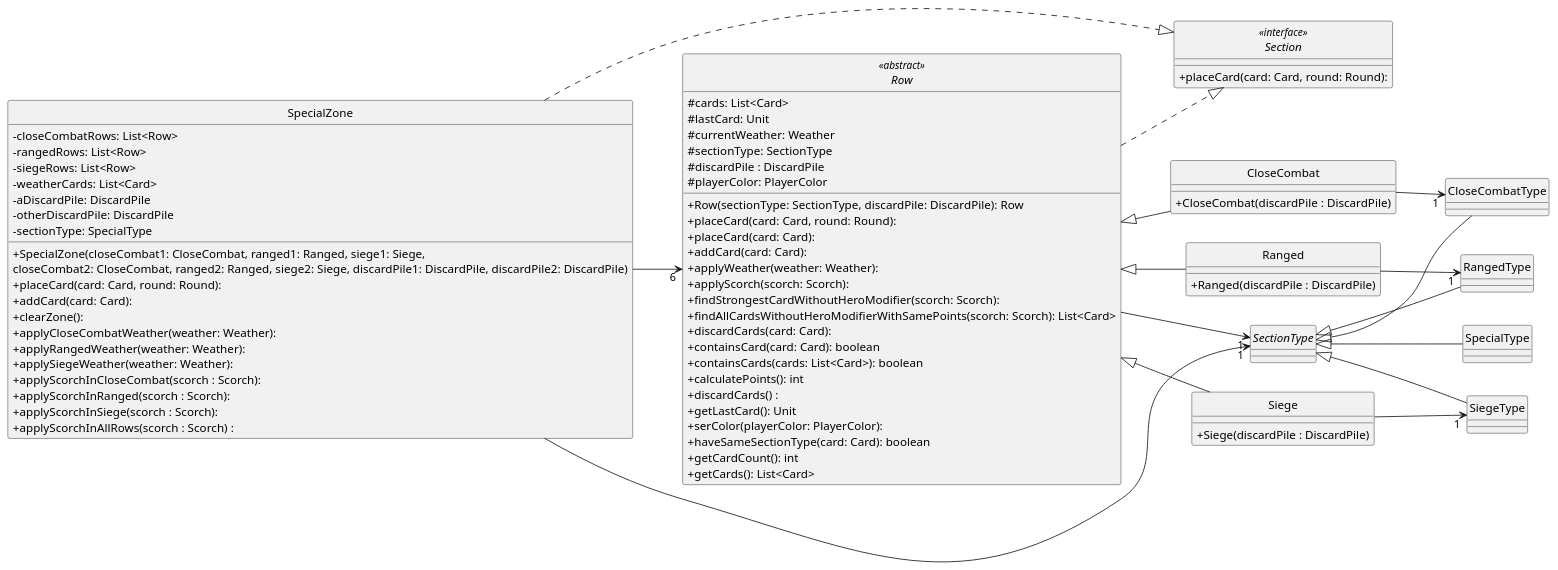
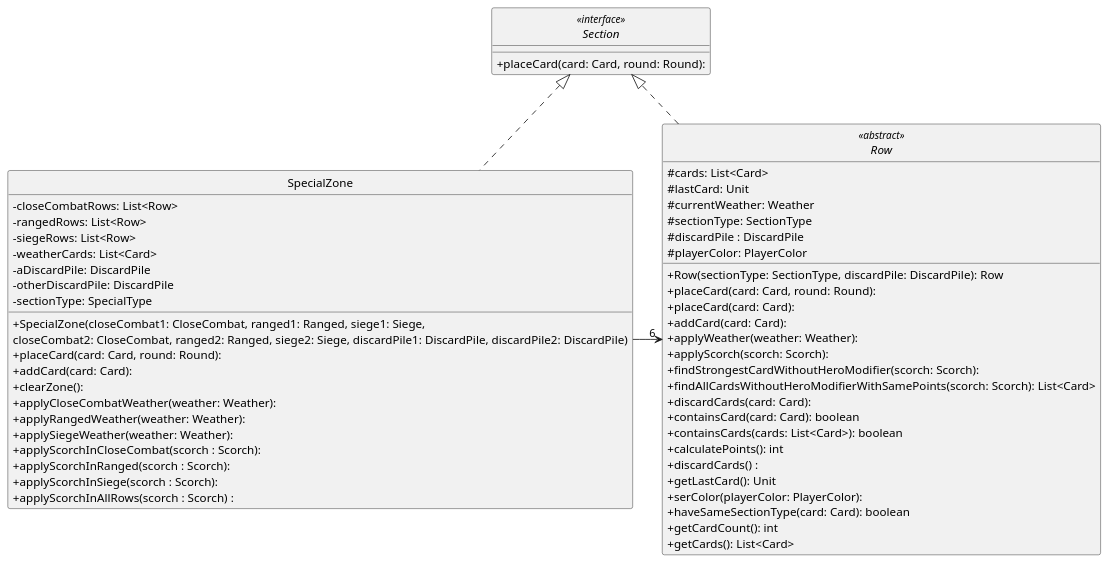
One commit to Yonhir/algo3_proyecto_base_tp2 changed the diagram in diagrams/classes/sections.puml. Above: the diagram before and after it, drawn with PlantUML. The commit also changed 5 other files, not shown here.

Commit message:
diagrama clases de sectionType y arreglo en el de row y sectios

```diff
--- a/diagrams/classes/sections.puml
+++ b/diagrams/classes/sections.puml
@@ -1,107 +1,76 @@
 @startuml
 
 skinparam monochrome true
 hide circle
 skinparam classAttributeIconSize 0
 
-left to right direction
 
 
 interface Section <<interface>> {
   +placeCard(card: Card, round: Round): 
 }
 
-abstract class SectionType
-class CloseCombatType
-class RangedType
-class SiegeType
-class SpecialType
 
 abstract class Row <<abstract>> {
   #cards: List<Card>
   #lastCard: Unit
   #currentWeather: Weather
   #sectionType: SectionType
   #discardPile : DiscardPile
   #playerColor: PlayerColor
   +Row(sectionType: SectionType, discardPile: DiscardPile): Row
   +placeCard(card: Card, round: Round): 
   +placeCard(card: Card): 
   +addCard(card: Card): 
   +applyWeather(weather: Weather): 
   +applyScorch(scorch: Scorch): 
   +findStrongestCardWithoutHeroModifier(scorch: Scorch): 
   +findAllCardsWithoutHeroModifierWithSamePoints(scorch: Scorch): List<Card>
   +discardCards(card: Card): 
   +containsCard(card: Card): boolean
   +containsCards(cards: List<Card>): boolean
   +calculatePoints(): int
   +discardCards() : 
   +getLastCard(): Unit
   +serColor(playerColor: PlayerColor): 
   +haveSameSectionType(card: Card): boolean
   +getCardCount(): int
   +getCards(): List<Card>
 }
 
-class Ranged {
-  +Ranged(discardPile : DiscardPile)
-}
-
-class CloseCombat {
-  +CloseCombat(discardPile : DiscardPile)
-}
-
-class Siege {
-  +Siege(discardPile : DiscardPile)
-}
 
 class SpecialZone {
   -closeCombatRows: List<Row>
   -rangedRows: List<Row>
   -siegeRows: List<Row>
   -weatherCards: List<Card>
   -aDiscardPile: DiscardPile
   -otherDiscardPile: DiscardPile
   -sectionType: SpecialType
   +SpecialZone(closeCombat1: CloseCombat, ranged1: Ranged, siege1: Siege, 
   closeCombat2: CloseCombat, ranged2: Ranged, siege2: Siege, discardPile1: DiscardPile, discardPile2: DiscardPile) 
   +placeCard(card: Card, round: Round): 
   +addCard(card: Card): 
   +clearZone(): 
   +applyCloseCombatWeather(weather: Weather): 
   +applyRangedWeather(weather: Weather): 
   +applySiegeWeather(weather: Weather): 
   +applyScorchInCloseCombat(scorch : Scorch): 
   +applyScorchInRanged(scorch : Scorch): 
   +applyScorchInSiege(scorch : Scorch): 
   +applyScorchInAllRows(scorch : Scorch) : 
 }
 
 
 
-SpecialZone --> "6" Row
+SpecialZone -right-> "6" Row
 
-Row <|-- Ranged
-Row <|-- CloseCombat
-Row <|-- Siege
+
 
 
 Row ..|> Section
-SpecialZone ..|> Section
-
-SectionType <|-- SpecialType
-SectionType <|-- CloseCombatType
-SectionType <|-- RangedType
-SectionType <|-- SiegeType
-
-SpecialZone --> "1" SectionType
-Row --> "1" SectionType
-
-Ranged --> "1" RangedType
-CloseCombat --> "1" CloseCombatType
-Siege --> "1" SiegeType
+SpecialZone .up.|> Section
 
 
 
 @enduml
```
